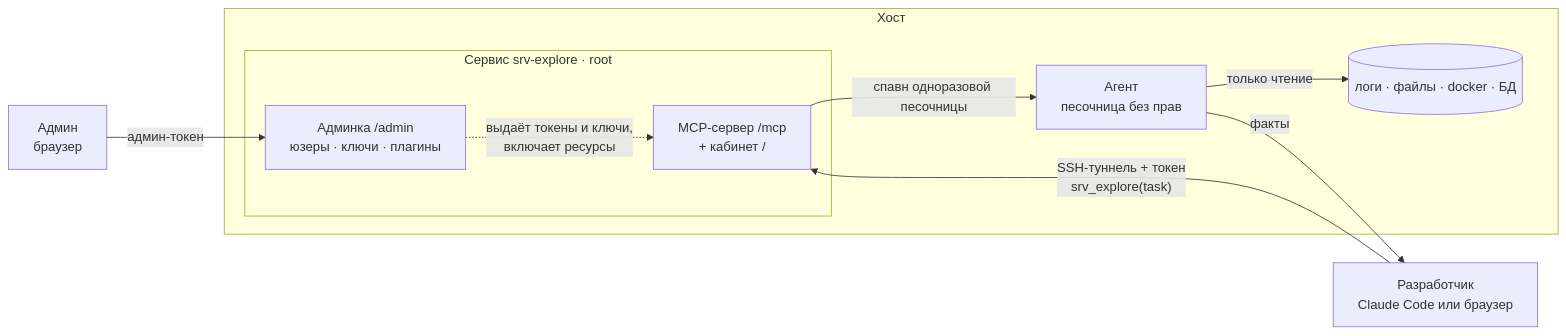
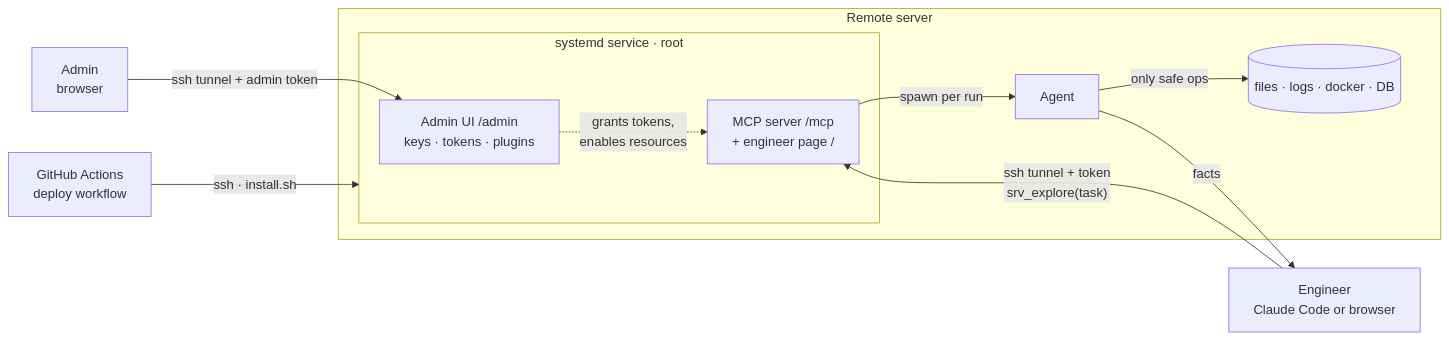
One commit to redmadrobot-rnd/very-ai-framework changed the first of 4 diagrams in srv_explore/README.md. Above: the diagram before and after it, drawn with Mermaid. The commit also changed other lines of this file and 1 other file, not shown here.

First line of the commit message:
docs(srv-explore): схемы по-английски, с туннелем у обеих ролей и деплоем

````diff
--- a/srv_explore/README.md
+++ b/srv_explore/README.md
@@ -11,19 +11,21 @@
 ```mermaid
 flowchart LR
-  ADMIN["Админ<br/>браузер"]
-  DEV["Разработчик<br/>Claude Code или браузер"]
-  subgraph host["Хост"]
-    subgraph svc["Сервис srv-explore · root"]
-      UI["Админка /admin<br/>юзеры · ключи · плагины"]
-      MCPS["MCP-сервер /mcp<br/>+ кабинет /"]
+  CI["GitHub Actions<br/>deploy workflow"]
+  ADMIN["Admin<br/>browser"]
+  ENG["Engineer<br/>Claude Code or browser"]
+  subgraph server["Remote server"]
+    subgraph svc["systemd service · root"]
+      UI["Admin UI /admin<br/>keys · tokens · plugins"]
+      MCPS["MCP server /mcp<br/>+ engineer page /"]
     end
-    AG["Агент<br/>песочница без прав"]
-    RES[("логи · файлы · docker · БД")]
+    AG["Agent"]
+    RES[("files · logs · docker · DB")]
   end
-  ADMIN -->|"админ-токен"| UI
-  DEV -->|"SSH-туннель + токен<br/>srv_explore(task)"| MCPS
-  UI -.->|"выдаёт токены и ключи,<br/>включает ресурсы"| MCPS
-  MCPS -->|"спавн одноразовой песочницы"| AG
-  AG -->|"только чтение"| RES
-  AG -->|факты| DEV
+  CI -->|"ssh · install.sh"| svc
+  ADMIN -->|"ssh tunnel + admin token"| UI
+  ENG -->|"ssh tunnel + token<br/>srv_explore(task)"| MCPS
+  UI -.->|"grants tokens,<br/>enables resources"| MCPS
+  MCPS -->|"spawn per run"| AG
+  AG -->|"only safe ops"| RES
+  AG -->|facts| ENG
 ```
````
